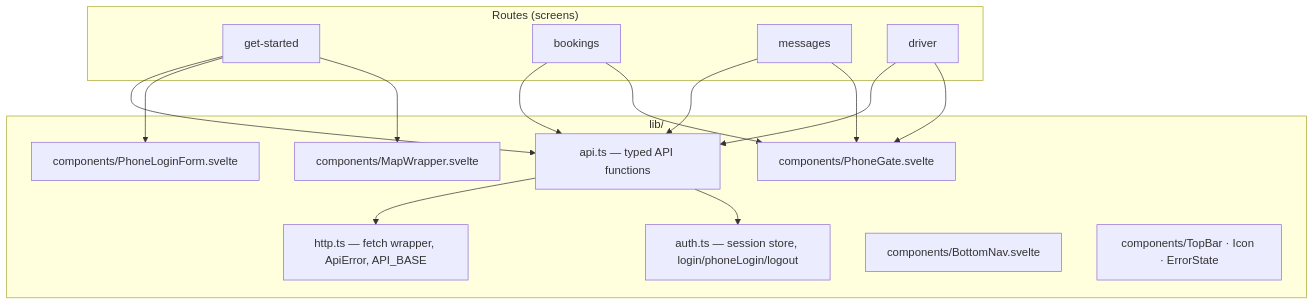
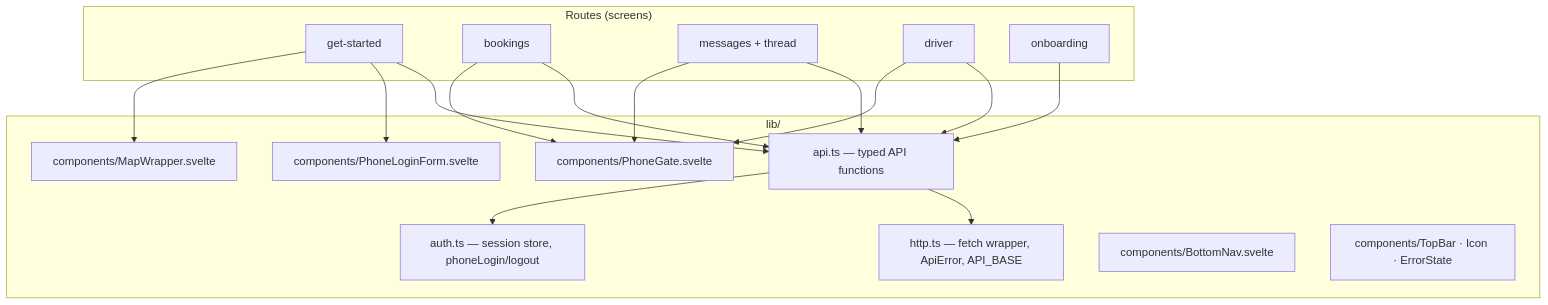
Before and after one commit to IVYIMOH/My_rider: the third of 7 diagrams in docs/frontend.md, drawn with Mermaid. The commit also changed other lines of this file and 4 other files, not shown here.

Commit message:
docs: update architecture and per-system docs to current state

````diff
--- a/docs/frontend.md
+++ b/docs/frontend.md
@@ -65,32 +68,34 @@
 ```mermaid
 flowchart TB
     subgraph "Routes (screens)"
         R1["get-started"]
         R2["bookings"]
-        R3["messages"]
+        R3["messages + thread"]
         R4["driver"]
+        R5["onboarding"]
     end
 
     subgraph "lib/"
         A["api.ts — typed API functions"]
         H["http.ts — fetch wrapper, ApiError, API_BASE"]
-        AU["auth.ts — session store, login/phoneLogin/logout"]
+        AU["auth.ts — session store, phoneLogin/logout"]
         C1["components/BottomNav.svelte"]
         C2["components/MapWrapper.svelte"]
         C3["components/PhoneGate.svelte"]
         C4["components/PhoneLoginForm.svelte"]
         C5["components/TopBar · Icon · ErrorState"]
     end
 
     R1 --> A
     R2 --> A
     R3 --> A
     R4 --> A
+    R5 --> A
     A --> H
     A --> AU
     R1 --> C4
     R2 --> C3
     R3 --> C3
     R4 --> C3
     R1 --> C2
 ```
````
